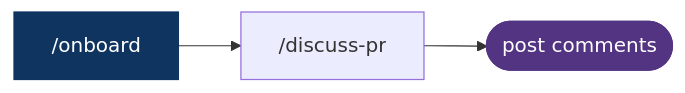
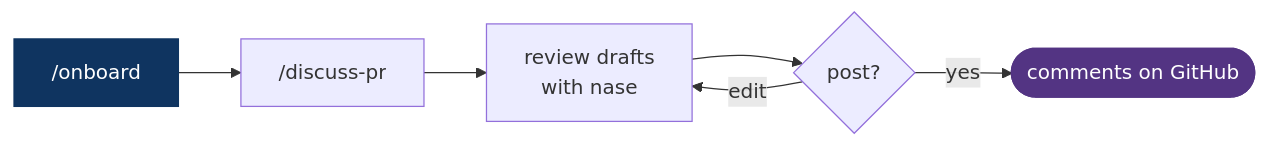
One commit to anels/nase changed the third of 7 diagrams in README.md. Above: the diagram before and after it, drawn with Mermaid. The commit also changed other lines of this file, not shown here.

First line of the commit message:
docs(readme): update use cases section and improve flowcharts (#41)

````diff
--- a/README.md
+++ b/README.md
@@ -145,6 +179,10 @@
 ```mermaid
 flowchart LR
-    A["/onboard"] --> B["/discuss-pr"] --> C(["post comments"])
+    A["/onboard"] --> B["/discuss-pr"]
+    B --> C["review drafts<br>with nase"]
+    C --> D{post?}
+    D -- yes --> E(["comments on GitHub"])
+    D -- edit --> C
     style A fill:#0f3460,stroke:#0f3460,color:#fff
-    style C fill:#533483,stroke:#533483,color:#fff
+    style E fill:#533483,stroke:#533483,color:#fff
 ```
````
